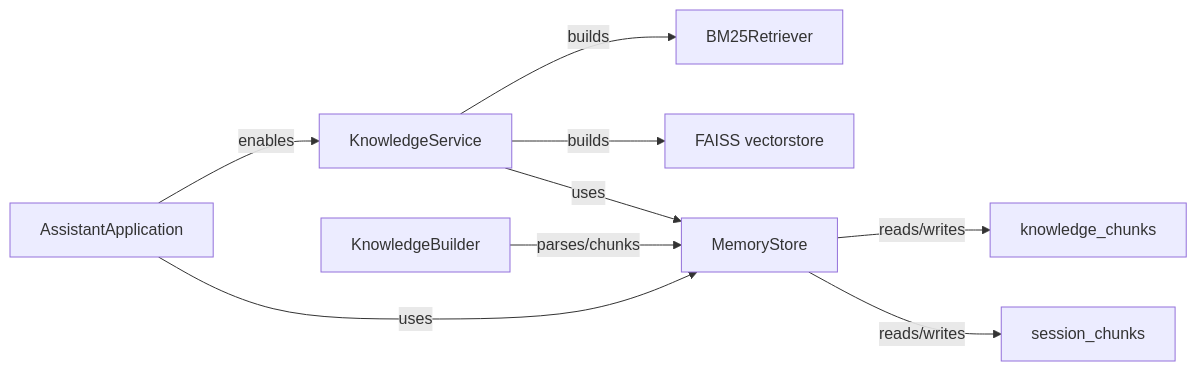
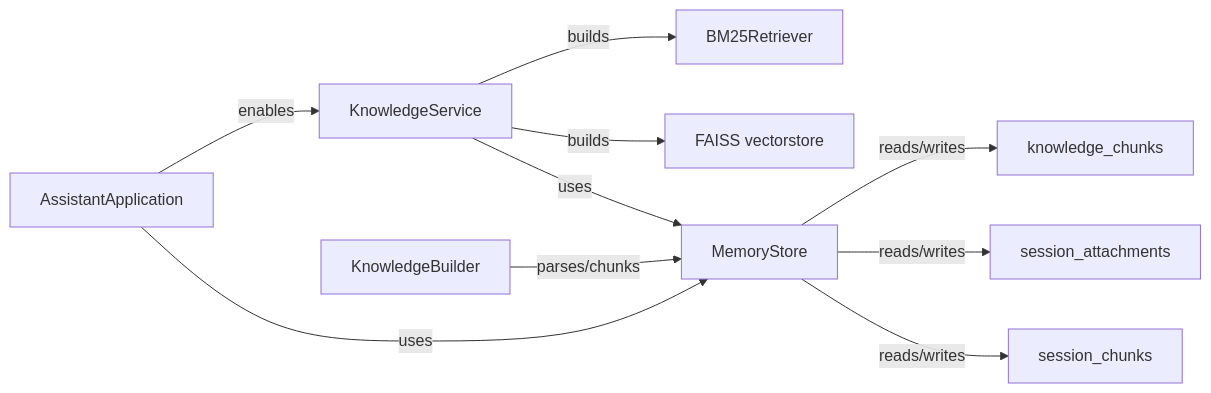
Before and after one commit to Sovetsky-Soyuz/AI-Assistant: the third of 3 diagrams in .qoder/repowiki/en/content/Backend Components/Memory Management and Persistence/Knowledge Chunk Storage.md, drawn with Mermaid. The commit also changed other lines of this file and 14 other files, not shown here.

````diff
--- a/.qoder/repowiki/en/content/Backend Components/Memory Management and Persistence/Knowledge Chunk Storage.md
+++ b/.qoder/repowiki/en/content/Backend Components/Memory Management and Persistence/Knowledge Chunk Storage.md
@@ -265,11 +322,12 @@
 ```mermaid
 graph LR
 MS["MemoryStore"] --> |reads/writes| KC["knowledge_chunks"]
+MS --> |reads/writes| SA["session_attachments"]
 MS --> |reads/writes| SC["session_chunks"]
 KS["KnowledgeService"] --> |builds| BM25["BM25Retriever"]
 KS --> |builds| FAISS["FAISS vectorstore"]
 KS --> |uses| MS
 BK["KnowledgeBuilder"] --> |parses/chunks| MS
 SRV["AssistantApplication"] --> |enables| KS
 SRV --> |uses| MS
 ```
````
